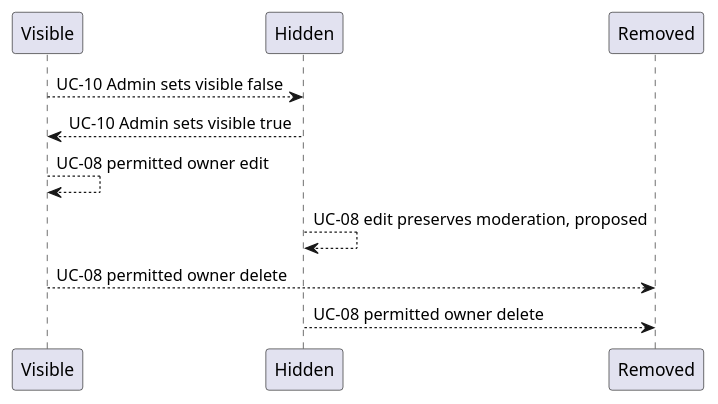
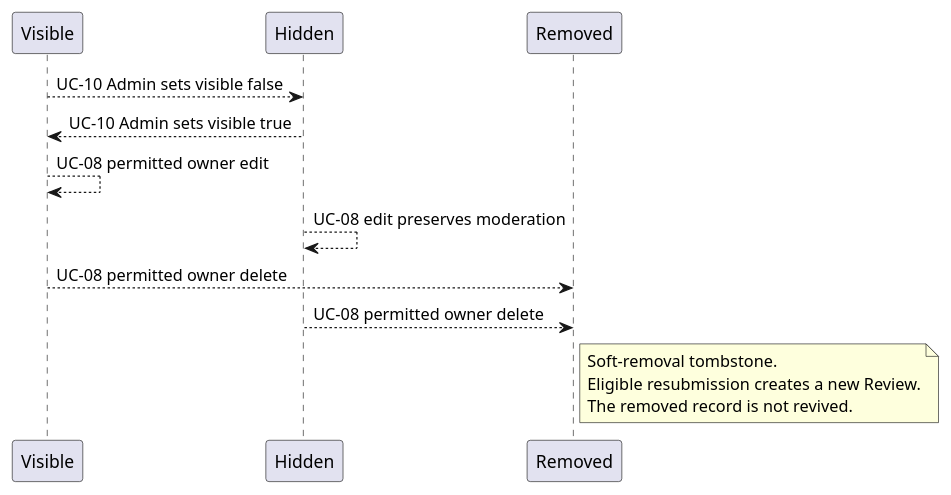
One commit to phuchoang-ecommerce-org/docs-minimal changed the diagram in SolutionArchitecture/backend/1-domain-driven-design-model/1.2-tactical-design/diagrams/review-state.puml. Above: the diagram before and after it, drawn with PlantUML. The commit also changed 47 other files, not shown here.

```diff
--- a/SolutionArchitecture/backend/1-domain-driven-design-model/1.2-tactical-design/diagrams/review-state.puml
+++ b/SolutionArchitecture/backend/1-domain-driven-design-model/1.2-tactical-design/diagrams/review-state.puml
@@ -1,8 +1,13 @@
 @startuml
     Visible --> Hidden : UC-10 Admin sets visible false
     Hidden --> Visible : UC-10 Admin sets visible true
     Visible --> Visible : UC-08 permitted owner edit
-    Hidden --> Hidden : UC-08 edit preserves moderation, proposed
+    Hidden --> Hidden : UC-08 edit preserves moderation
     Visible --> Removed : UC-08 permitted owner delete
     Hidden --> Removed : UC-08 permitted owner delete
+    note right of Removed
+      Soft-removal tombstone.
+      Eligible resubmission creates a new Review.
+      The removed record is not revived.
+    end note
 @enduml
```
